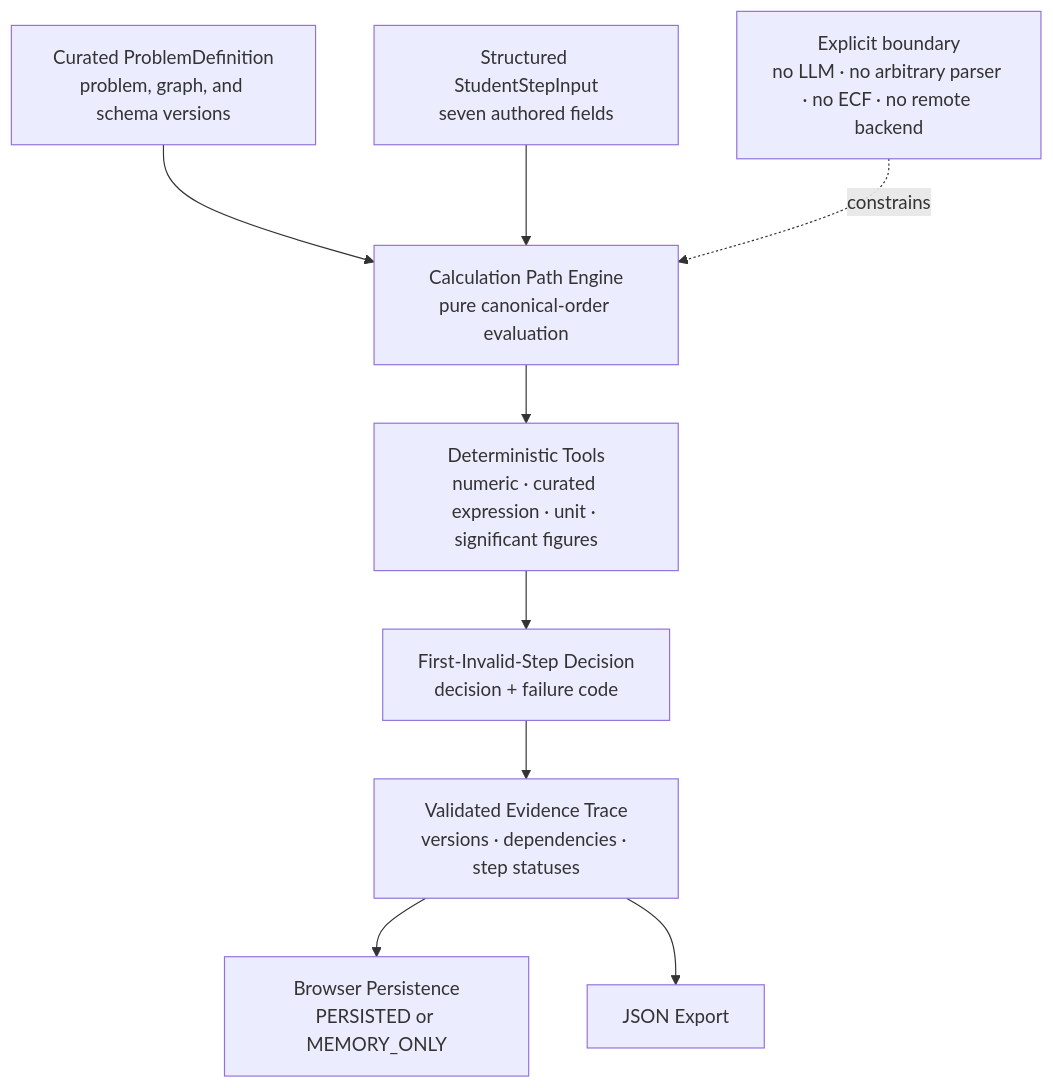
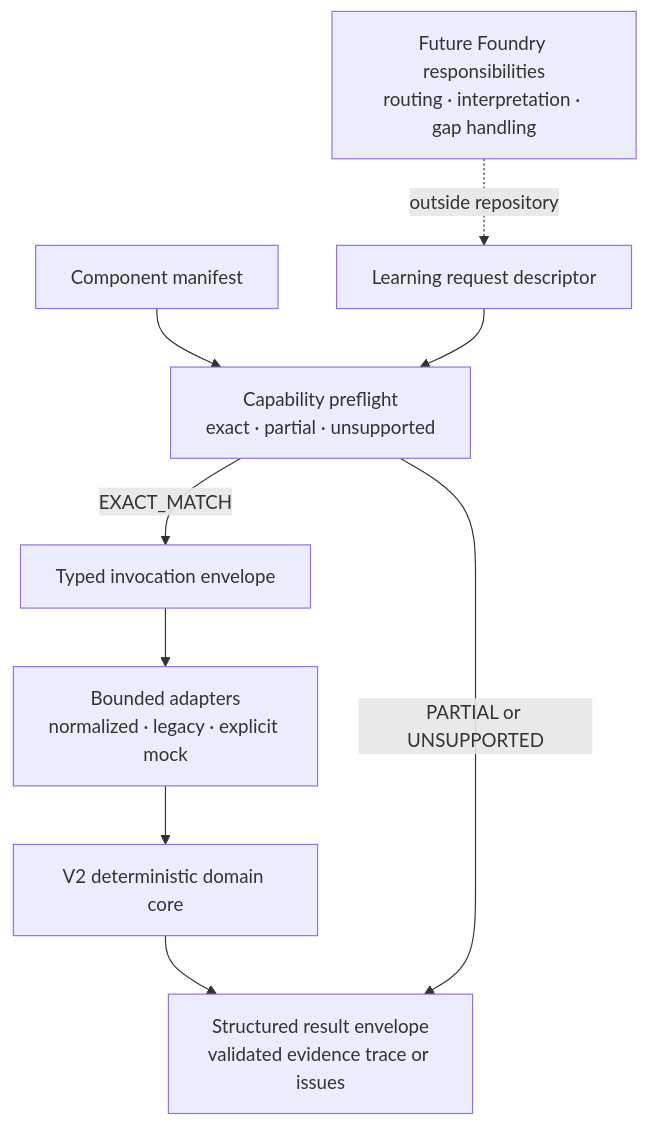
One commit to shhh-hoo/standard-trainer-demo changed the diagram in docs/ARCHITECTURE.md. Above: the diagram before and after it, drawn with Mermaid. The commit also changed other lines of this file and 12 other files, not shown here.

Commit message:
Expose the V2 trainer component boundary

````diff
--- a/docs/ARCHITECTURE.md
+++ b/docs/ARCHITECTURE.md
@@ -9,21 +9,20 @@
 ```mermaid
 flowchart TD
-    P["Curated ProblemDefinition<br/>problem, graph, and schema versions"]
-    S["Structured StudentStepInput<br/>seven authored fields"]
-    E["Calculation Path Engine<br/>pure canonical-order evaluation"]
-    T["Deterministic Tools<br/>numeric · curated expression · unit · significant figures"]
-    D["First-Invalid-Step Decision<br/>decision + failure code"]
-    V["Validated Evidence Trace<br/>versions · dependencies · step statuses"]
-    B["Browser Persistence<br/>PERSISTED or MEMORY_ONLY"]
-    J["JSON Export"]
-    N["Explicit boundary<br/>no LLM · no arbitrary parser · no ECF · no remote backend"]
+    R["Learning request descriptor"]
+    M["Component manifest"]
+    F["Capability preflight<br/>exact · partial · unsupported"]
+    I["Typed invocation envelope"]
+    A["Bounded adapters<br/>normalized · legacy · explicit mock"]
+    E["V2 deterministic domain core"]
+    V["Structured result envelope<br/>validated evidence trace or issues"]
+    X["Future Foundry responsibilities<br/>routing · interpretation · gap handling"]
 
-    P --> E
-    S --> E
-    E --> T
-    T --> D
-    D --> V
-    V --> B
-    V --> J
-    N -. constrains .-> E
+    M --> F
+    R --> F
+    F -->|EXACT_MATCH| I
+    I --> A
+    A --> E
+    E --> V
+    F -->|PARTIAL or UNSUPPORTED| V
+    X -. outside repository .-> R
 ```
````
